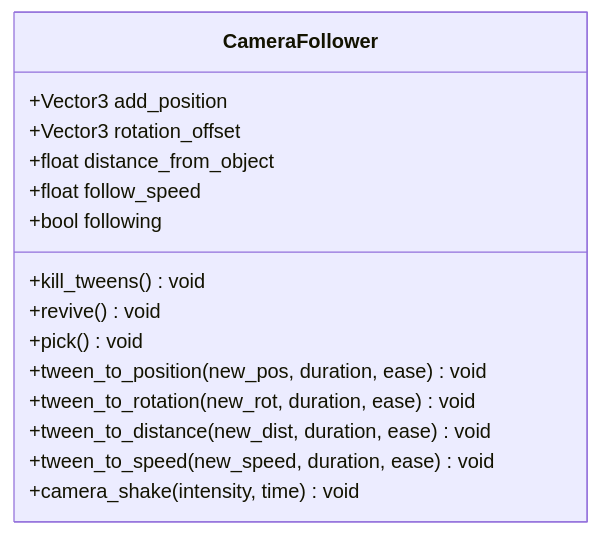
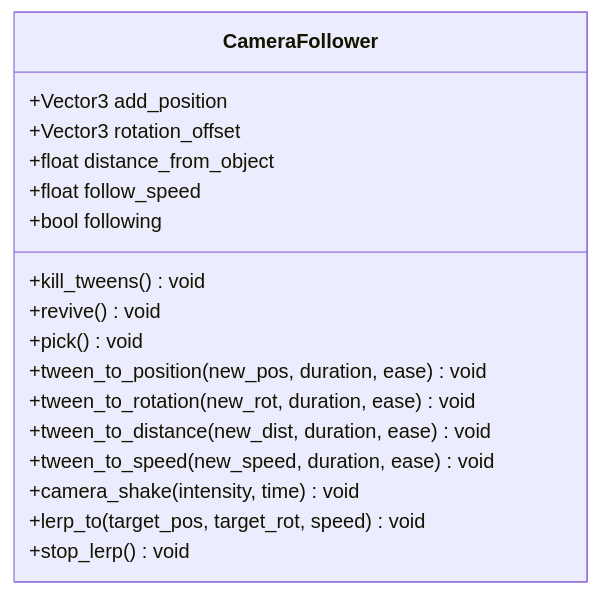
One commit to godotline/godot-line changed the fourth of 7 diagrams in .qoder/repowiki/zh/content/游戏系统/触发器系统/相机触发器.md. Above: the diagram before and after it, drawn with Mermaid. The commit also changed other lines of this file and 10 other files, not shown here.

````diff
--- a/.qoder/repowiki/zh/content/游戏系统/触发器系统/相机触发器.md
+++ b/.qoder/repowiki/zh/content/游戏系统/触发器系统/相机触发器.md
@@ -304,18 +259,20 @@
 ```mermaid
 classDiagram
 class CameraFollower {
 +Vector3 add_position
 +Vector3 rotation_offset
 +float distance_from_object
 +float follow_speed
 +bool following
 +kill_tweens() void
 +revive() void
 +pick() void
 +tween_to_position(new_pos, duration, ease) void
 +tween_to_rotation(new_rot, duration, ease) void
 +tween_to_distance(new_dist, duration, ease) void
 +tween_to_speed(new_speed, duration, ease) void
 +camera_shake(intensity, time) void
++lerp_to(target_pos, target_rot, speed) void
++stop_lerp() void
 }
 ```
````
